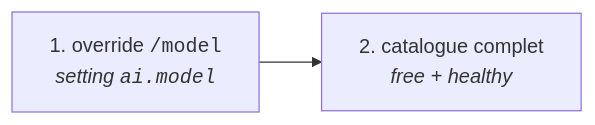
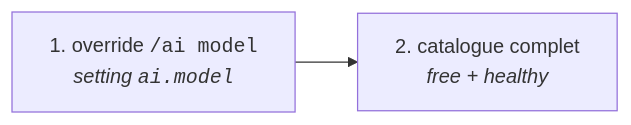
One commit to Elnix90/MP2I changed the diagram in docs/models.md. Above: the diagram before and after it, drawn with Mermaid. The commit also changed other lines of this file and 33 other files, not shown here.

````diff
--- a/docs/models.md
+++ b/docs/models.md
@@ -109,4 +109,4 @@
 ```mermaid
 graph LR
-    A["1. override <code>/model</code><br/><i>setting <code>ai.model</code></i>"] --> B["2. catalogue complet<br/><i>free + healthy</i>"]
+    A["1. override <code>/ai model</code><br/><i>setting <code>ai.model</code></i>"] --> B["2. catalogue complet<br/><i>free + healthy</i>"]
 ```
````
